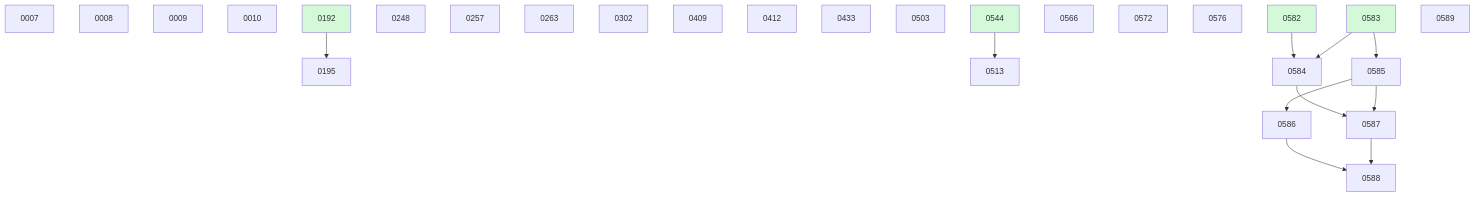
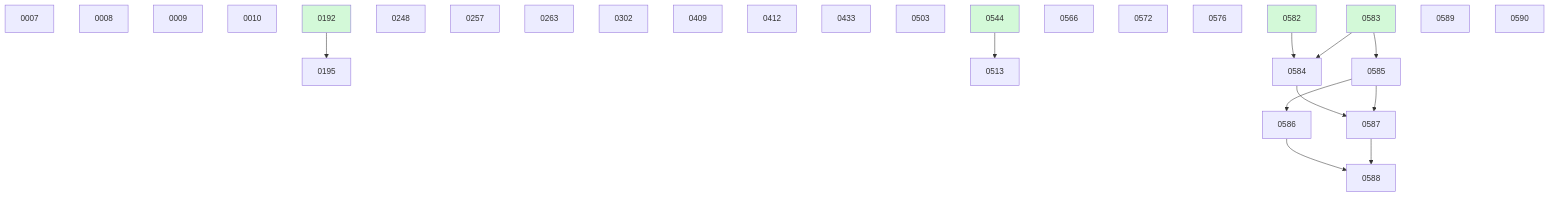
Before and after one commit to danielhanold/docket: the diagram in docs/changes/BOARD.md, drawn with Mermaid. The commit also changed other lines of this file and 1 other file, not shown here.

````diff
--- a/docs/changes/BOARD.md
+++ b/docs/changes/BOARD.md
@@ -43,34 +44,35 @@
 ```mermaid
 graph TD
   0007
   0008
   0009
   0010
   0192 --> 0195
   0248
   0257
   0263
   0302
   0409
   0412
   0433
   0503
   0544 --> 0513
   0566
   0572
   0576
   0582 --> 0584
   0583 --> 0584
   0583 --> 0585
   0585 --> 0586
   0584 --> 0587
   0585 --> 0587
   0586 --> 0588
   0587 --> 0588
   0589
+  0590
   0192:::done
   0544:::done
   0582:::done
   0583:::done
   classDef done fill:#d3f9d8;
 ```
````
